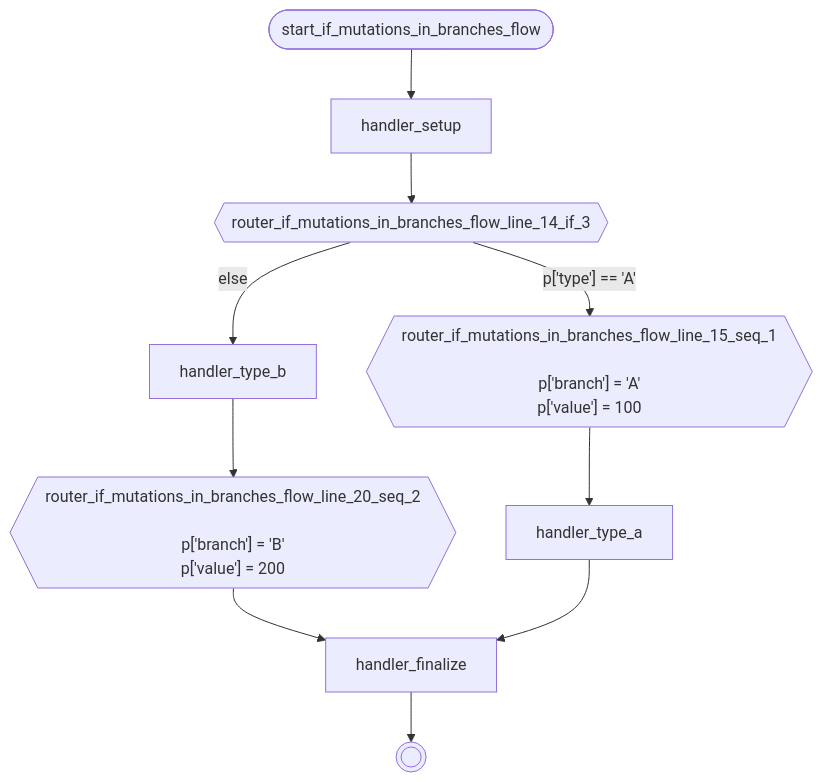
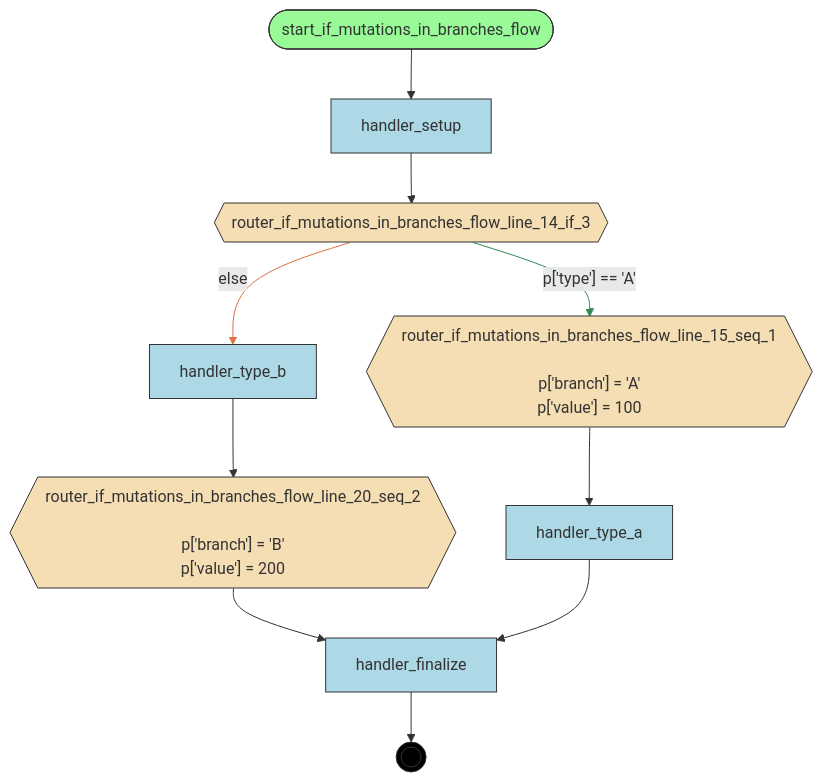
The diagram in examples/flows/compiled/if_mutations_in_branches/flow.mmd (deliveryhero/asya), drawn with Mermaid before and after one commit. The commit also changed 99 other files, not shown here.

Commit message:
colors-in-mermaid

```diff
--- a/examples/flows/compiled/if_mutations_in_branches/flow.mmd
+++ b/examples/flows/compiled/if_mutations_in_branches/flow.mmd
@@ -1,22 +1,33 @@
 flowchart TD
     %% Flow: if_mutations_in_branches_flow
 
     handler_finalize[handler_finalize]
     handler_setup[handler_setup]
     handler_type_a[handler_type_a]
     handler_type_b[handler_type_b]
     router_if_mutations_in_branches_flow_line_14_if_3{{router_if_mutations_in_branches_flow_line_14_if_3}}
     router_if_mutations_in_branches_flow_line_15_seq_1{{"router_if_mutations_in_branches_flow_line_15_seq_1<br/><br/>p['branch'] = 'A'<br/>p['value'] = 100"}}
     router_if_mutations_in_branches_flow_line_20_seq_2{{"router_if_mutations_in_branches_flow_line_20_seq_2<br/><br/>p['branch'] = 'B'<br/>p['value'] = 200"}}
     start_if_mutations_in_branches_flow([start_if_mutations_in_branches_flow])
     __end__((( )))
 
     start_if_mutations_in_branches_flow --> handler_setup
     handler_setup --> router_if_mutations_in_branches_flow_line_14_if_3
     router_if_mutations_in_branches_flow_line_15_seq_1 --> handler_type_a
     router_if_mutations_in_branches_flow_line_14_if_3 -->|"p['type'] == 'A'"| router_if_mutations_in_branches_flow_line_15_seq_1
     router_if_mutations_in_branches_flow_line_14_if_3 -->|"else"| handler_type_b
     handler_type_b --> router_if_mutations_in_branches_flow_line_20_seq_2
     router_if_mutations_in_branches_flow_line_20_seq_2 --> handler_finalize
     handler_type_a --> handler_finalize
     handler_finalize --> __end__
+
+    classDef entrypoint fill:#98FB98,stroke:#333
+    classDef router fill:#F5DEB3,stroke:#333
+    classDef handler fill:#ADD8E6,stroke:#333
+    classDef endpoint fill:#000,stroke:#333,color:#fff
+    class start_if_mutations_in_branches_flow entrypoint
+    class router_if_mutations_in_branches_flow_line_14_if_3,router_if_mutations_in_branches_flow_line_15_seq_1,router_if_mutations_in_branches_flow_line_20_seq_2 router
+    class handler_finalize,handler_setup,handler_type_a,handler_type_b handler
+    class __end__ endpoint
+    linkStyle 3 stroke:#2E8B57
+    linkStyle 4 stroke:#E07040
```
